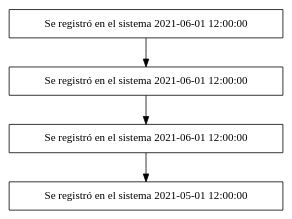
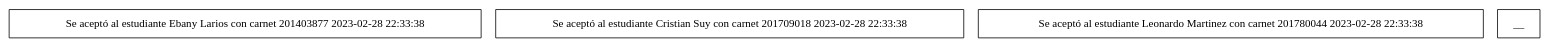
Before and after one commit to Evtray/EDD_1S2023_PY_-202010856: the diagram in EDD_Proyecto1_Fase1/history.dot, drawn with Graphviz. The commit also changed 9 other files, not shown here.

```diff
--- a/EDD_Proyecto1_Fase1/history.dot
+++ b/EDD_Proyecto1_Fase1/history.dot
@@ -1,10 +1,9 @@
-digraph G {
+digraph {
+
 node [shape=record];
-node4 [label="Se registró en el sistema 2021-06-01 12:00:00"];
-node3 [label="Se registró en el sistema 2021-06-01 12:00:00"];
-node2 [label="Se registró en el sistema 2021-06-01 12:00:00"];
-node1 [label="Se registró en el sistema 2021-05-01 12:00:00"];
-node4 -> node3;
-node3 -> node2;
-node2 -> node1;
+node3admin [label="Se aceptó al estudiante Ebany Larios con carnet 201403877 2023-02-28 22:33:38"];
+node2admin [label="Se aceptó al estudiante Cristian Suy con carnet 201709018 2023-02-28 22:33:38"];
+node1admin [label="Se aceptó al estudiante Leonardo Martinez con carnet 201780044 2023-02-28 22:33:38"];
+node3admin __ node2admin;
+node2admin __ node1admin;
 }
```
